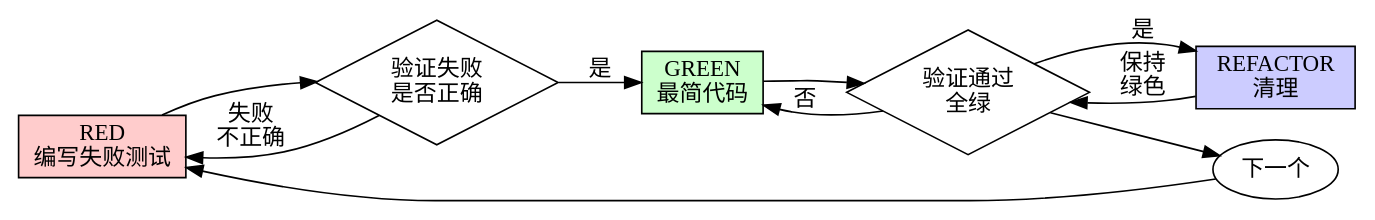
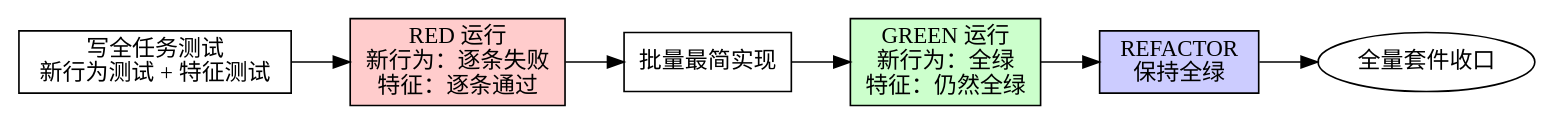
One commit to chuxiao/superpowers changed the diagram in skills/test-driven-development/SKILL.md. Above: the diagram before and after it, drawn with Graphviz. The commit also changed other lines of this file and 6 other files, not shown here.

````diff
--- a/skills/test-driven-development/SKILL.md
+++ b/skills/test-driven-development/SKILL.md
@@ -49,21 +68,13 @@
 ```dot
-digraph tdd_cycle {
+digraph batch_cycle {
     rankdir=LR;
-    red [label="RED\n编写失败测试", shape=box, style=filled, fillcolor="#ffcccc"];
-    verify_red [label="验证失败\n是否正确", shape=diamond];
-    green [label="GREEN\n最简代码", shape=box, style=filled, fillcolor="#ccffcc"];
-    verify_green [label="验证通过\n全绿", shape=diamond];
-    refactor [label="REFACTOR\n清理", shape=box, style=filled, fillcolor="#ccccff"];
-    next [label="下一个", shape=ellipse];
+    write [label="写全任务测试\n新行为测试 + 特征测试", shape=box];
+    red [label="RED 运行\n新行为：逐条失败\n特征：逐条通过", shape=box, style=filled, fillcolor="#ffcccc"];
+    impl [label="批量最简实现", shape=box];
+    green [label="GREEN 运行\n新行为：全绿\n特征：仍然全绿", shape=box, style=filled, fillcolor="#ccffcc"];
+    refactor [label="REFACTOR\n保持全绿", shape=box, style=filled, fillcolor="#ccccff"];
+    suite [label="全量套件收口", shape=ellipse];
 
-    red -> verify_red;
-    verify_red -> green [label="是"];
-    verify_red -> red [label="失败\n不正确"];
-    green -> verify_green;
-    verify_green -> refactor [label="是"];
-    verify_green -> green [label="否"];
-    refactor -> verify_green [label="保持\n绿色"];
-    verify_green -> next;
-    next -> red;
+    write -> red -> impl -> green -> refactor -> suite;
 }
 ```
````
